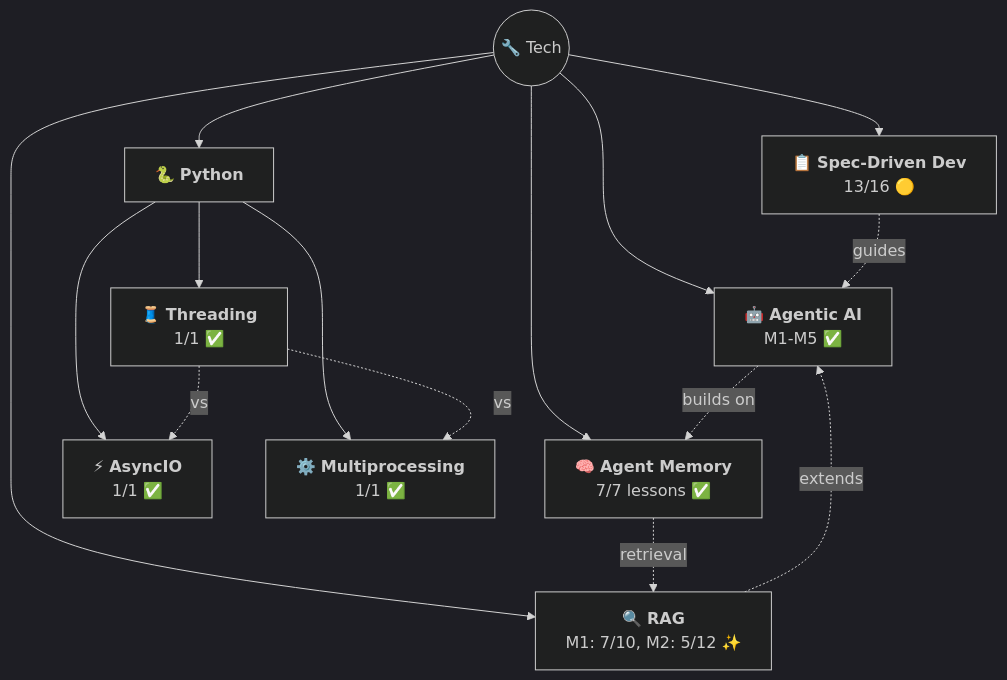
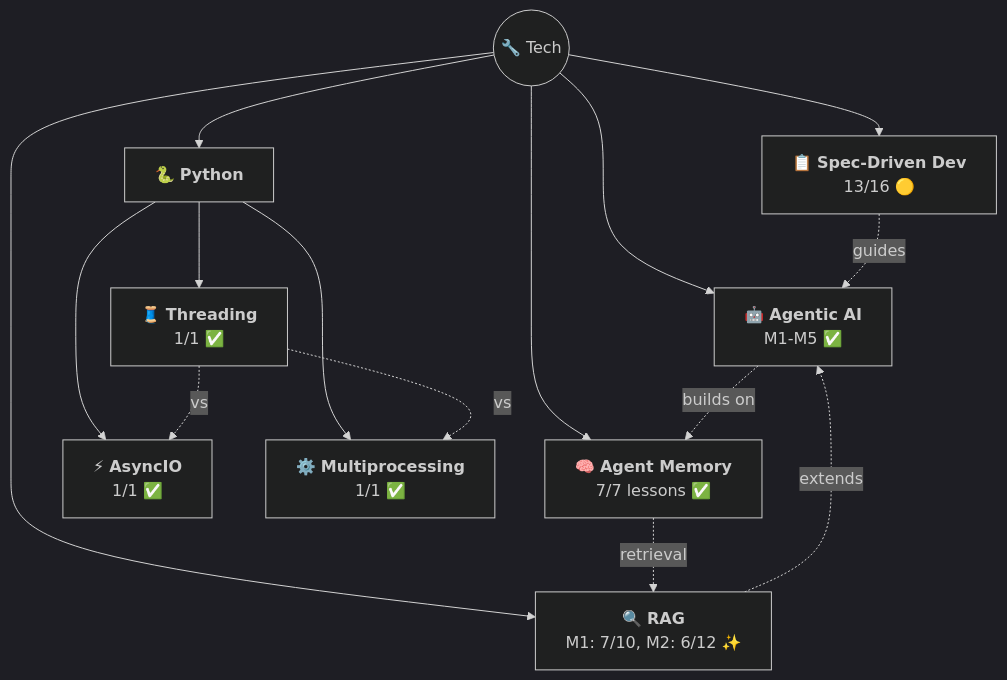
Before and after one commit to AyushSonuu/my-memory: the diagram in _maps/tech.md, drawn with Mermaid (dark theme). The commit also changed other lines of this file and 7 other files, not shown here.

````diff
--- a/_maps/tech.md
+++ b/_maps/tech.md
@@ -5,18 +5,18 @@
 ```mermaid
 graph TB
     T(("🔧 Tech"))
     T --> AG["🤖 <b>Agentic AI</b><br/>M1-M5 ✅"]
     T --> AM["🧠 <b>Agent Memory</b><br/>7/7 lessons ✅"]
-    T --> RAG["🔍 <b>RAG</b><br/>M1: 7/10, M2: 5/12 ✨"]
+    T --> RAG["🔍 <b>RAG</b><br/>M1: 7/10, M2: 6/12 ✨"]
     T --> PY["🐍 <b>Python</b>"]
     PY --> AIO["⚡ <b>AsyncIO</b><br/>1/1 ✅"]
     PY --> THR["🧵 <b>Threading</b><br/>1/1 ✅"]
     PY --> MP["⚙️ <b>Multiprocessing</b><br/>1/1 ✅"]
     AG -.->|"builds on"| AM
     AM -.->|"retrieval"| RAG
     RAG -.->|"extends"| AG
     T --> SDD["📋 <b>Spec-Driven Dev</b><br/>13/16 🟡"]
     SDD -.->|"guides"| AG
     THR -.->|"vs"| AIO
     THR -.->|"vs"| MP
 ```
````
